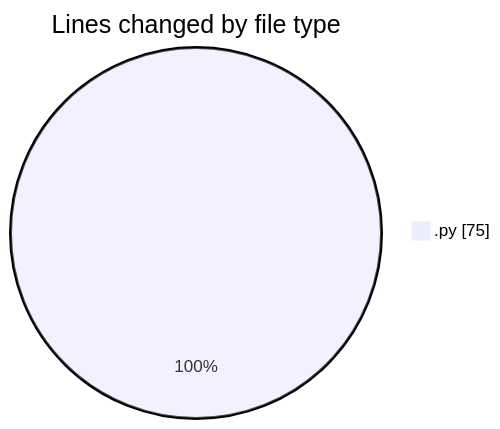
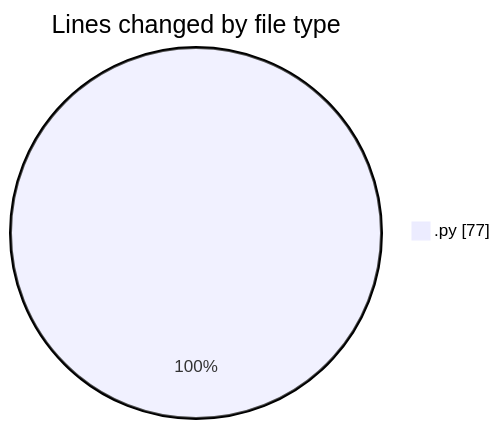
Before and after one commit to julien-gomy/code-tracking: the first of 2 diagrams in 2025-11-23/eventscop-api-guide__workspace_/README.md, drawn with Mermaid. The commit also changed other lines of this file and 1 other file, not shown here.

````diff
--- a/2025-11-23/eventscop-api-guide__workspace_/README.md
+++ b/2025-11-23/eventscop-api-guide__workspace_/README.md
@@ -20,5 +21,5 @@
 ```mermaid
 pie showData
 title Lines changed by file type
-".py" : 75
+".py" : 77
 ```
````
